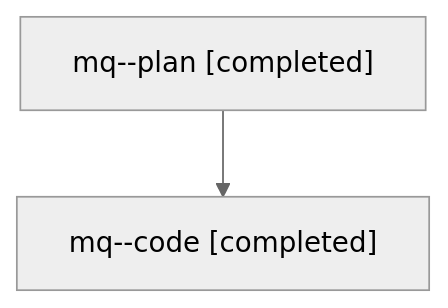
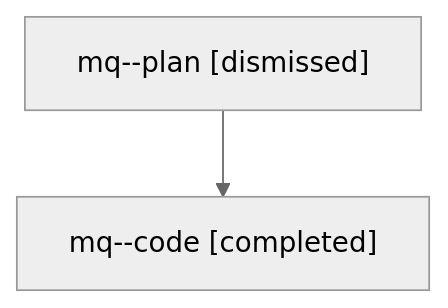
The diagram in families/bbugyi200.athena.mq.md (sase-org/sase--agents), drawn with Mermaid (neutral theme) before and after one commit. The commit also changed other lines of this file and 1002 other files, not shown here.

````diff
--- a/families/bbugyi200.athena.mq.md
+++ b/families/bbugyi200.athena.mq.md
@@ -9,6 +9,6 @@
 ```mermaid
 flowchart TD
-  n0["mq--plan [completed]"]
+  n0["mq--plan [dismissed]"]
   n1["mq--code [completed]"]
   n0 --> n1
 ```
````
